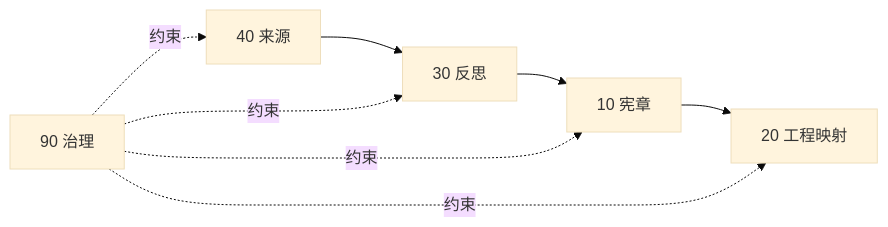
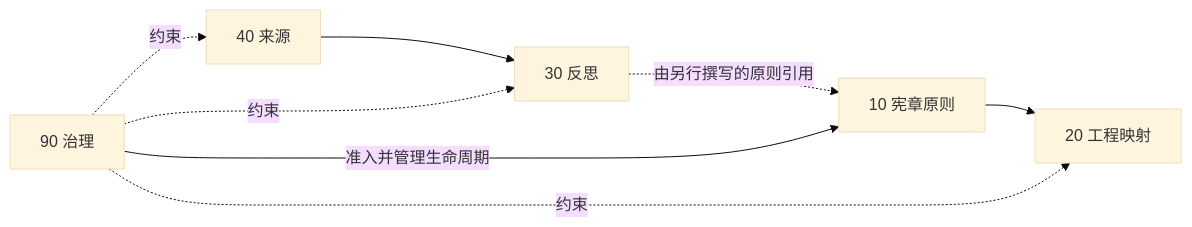
Before and after one commit to tao3k/philosophy: the diagram in cn/00-topology/00.00-repository-topology.org, drawn with Mermaid (base theme). The commit also changed other lines of this file and 16 other files, not shown here.

```diff
--- a/cn/00-topology/00.00-repository-topology.org
+++ b/cn/00-topology/00.00-repository-topology.org
@@ -35,10 +35,10 @@
 #+begin_src mermaid :exports results :file cn-content-topology.svg
 flowchart LR
   SRC[40 来源] --> REF[30 反思]
-  REF --> CHA[10 宪章]
-  CHA --> MAP[20 工程映射]
-  GOV[90 治理] -.约束.-> SRC
+  REF -.由另行撰写的原则引用.-> PRI[10 宪章原则]
+  GOV[90 治理] -->|准入并管理生命周期| PRI
+  PRI --> MAP[20 工程映射]
+  GOV -.约束.-> SRC
   GOV -.约束.-> REF
-  GOV -.约束.-> CHA
   GOV -.约束.-> MAP
 #+end_src
```
